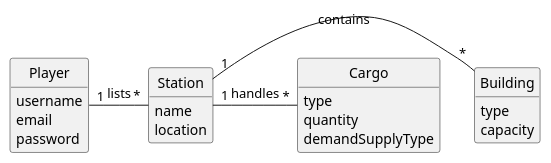
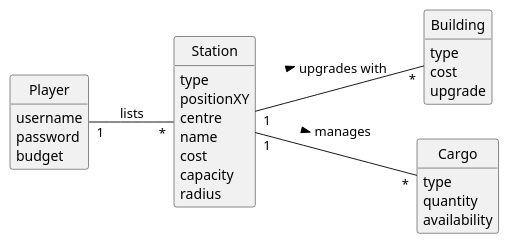
One commit to 1240935/pi2-railway-simulator changed the diagram in docsFinais/US007/02.analysis/puml/US007-DM.puml. Above: the diagram before and after it, drawn with PlantUML. The commit also changed 21 other files, not shown here.

```diff
--- a/docsFinais/US007/02.analysis/puml/US007-DM.puml
+++ b/docsFinais/US007/02.analysis/puml/US007-DM.puml
@@ -1,38 +1,45 @@
 @startuml
 skinparam monochrome true
 skinparam packageStyle rectangle
 skinparam shadowing false
-
+'skinparam linetype ortho
+'left to right direction
 skinparam classAttributeIconSize 0
-
 hide circle
 hide methods
 
+left to right direction
+
 class Station {
+    type
+    positionXY
+    centre
     name
-    location
+    cost
+    capacity
+    radius
 }
 
 class Building {
     type
-    capacity
+    cost
+    upgrade
 }
 
 class Cargo {
     type
     quantity
-    demandSupplyType
+    availability
 }
 
 class Player {
     username
-    email
     password
+    budget
 }
 
-Station "1" - "*" Building : contains
-Station "1" - "*" Cargo : handles
-
-Player "1" - "*" Station : lists
+Station "1" -- "*" Building : upgrades with >
+Station "1" -- "*" Cargo : manages >
+Player "1" -- "*" Station : lists
 
 @enduml
```
